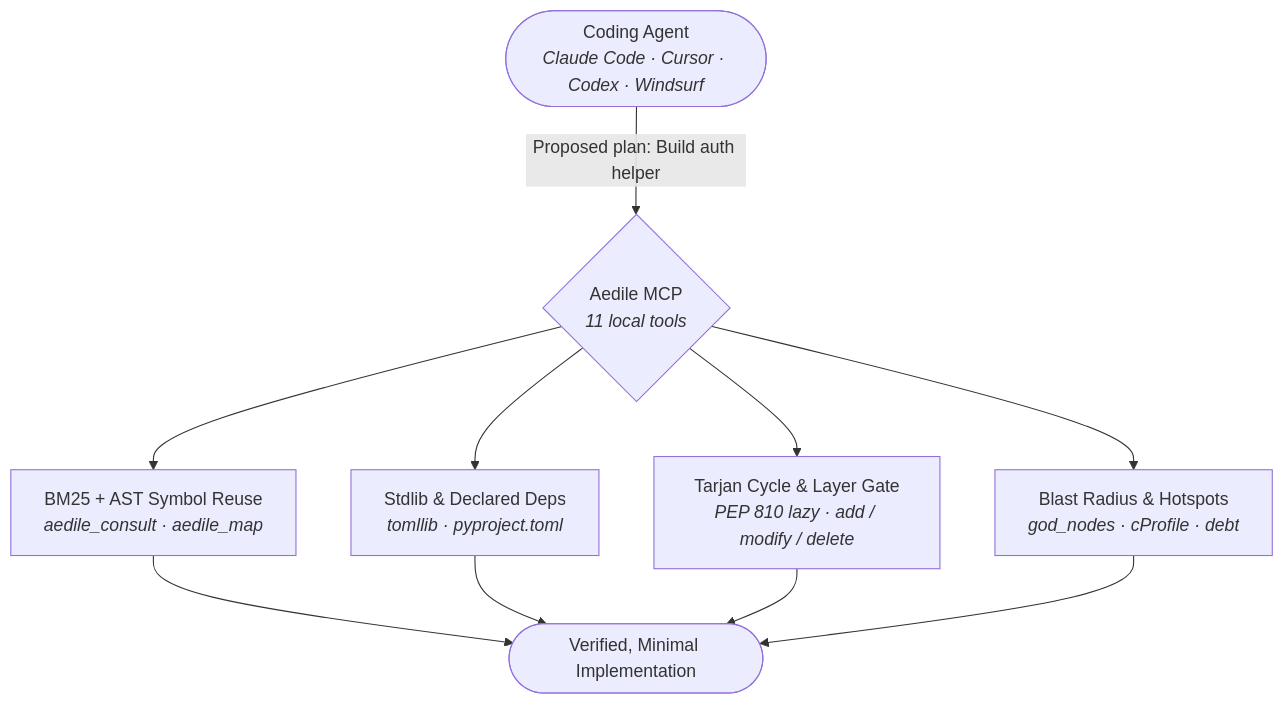
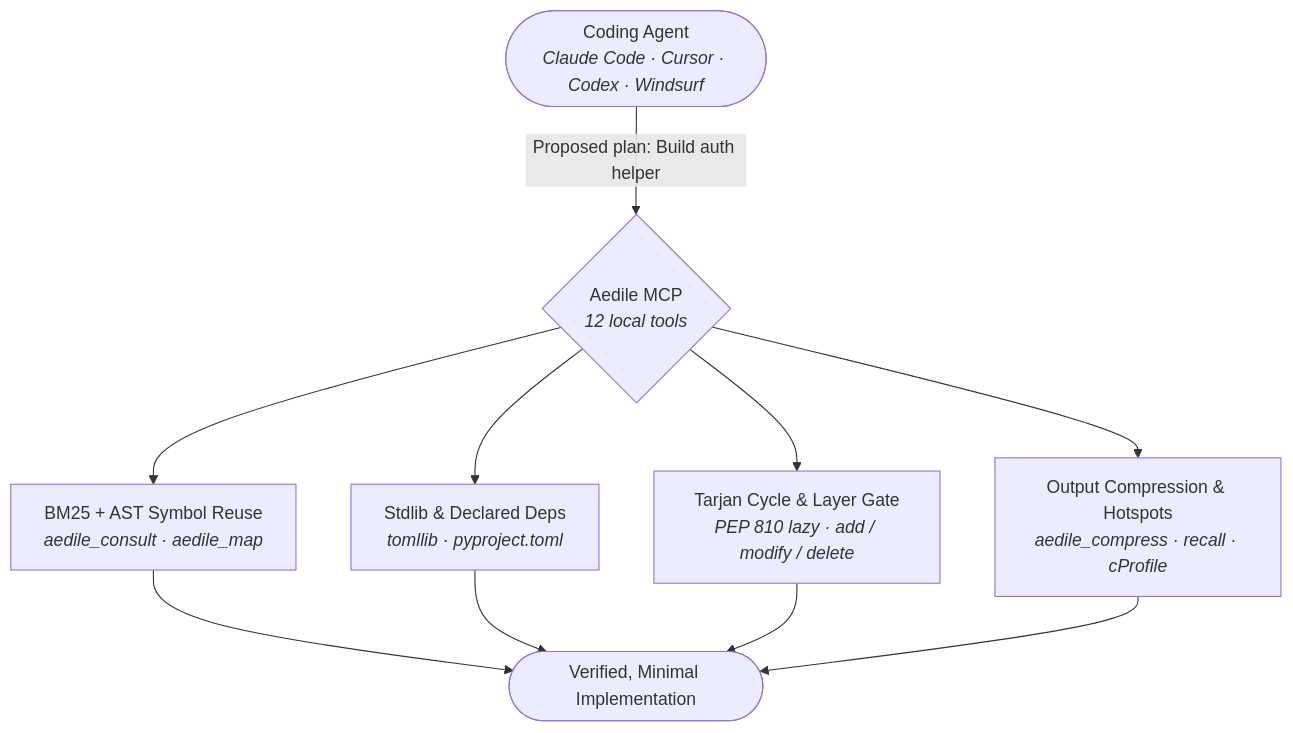
The diagram in README.md (aaryanrwt/aedile), drawn with Mermaid before and after one commit. The commit also changed other lines of this file and 43 other files, not shown here.

````diff
--- a/README.md
+++ b/README.md
@@ -41,12 +41,12 @@
 ```mermaid
 flowchart TD
-    A(["Coding Agent<br/><i>Claude Code · Cursor · Codex · Windsurf</i>"]) -->|"Proposed plan: Build auth helper"| B{"Aedile MCP<br/><i>11 local tools</i>"}
+    A(["Coding Agent<br/><i>Claude Code · Cursor · Codex · Windsurf</i>"]) -->|"Proposed plan: Build auth helper"| B{"Aedile MCP<br/><i>12 local tools</i>"}
     B --> C["BM25 + AST Symbol Reuse<br/><i>aedile_consult · aedile_map</i>"]
     B --> D["Stdlib & Declared Deps<br/><i>tomllib · pyproject.toml</i>"]
     B --> E["Tarjan Cycle & Layer Gate<br/><i>PEP 810 lazy · add / modify / delete</i>"]
-    B --> F["Blast Radius & Hotspots<br/><i>god_nodes · cProfile · debt</i>"]
+    B --> F["Output Compression & Hotspots<br/><i>aedile_compress · recall · cProfile</i>"]
     C --> G(["Verified, Minimal Implementation"])
     D --> G
     E --> G
     F --> G
 ```
````
